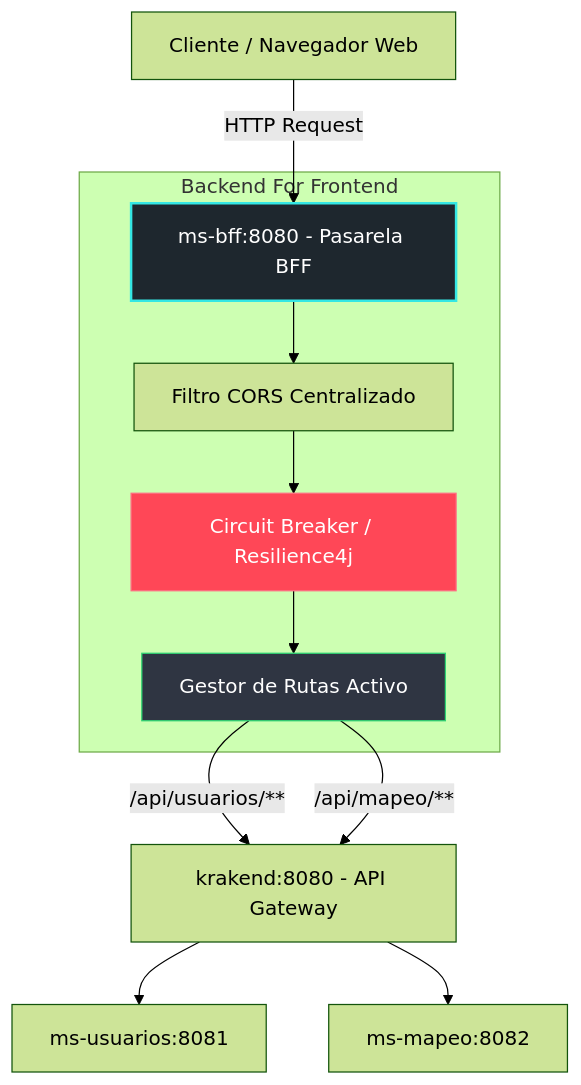
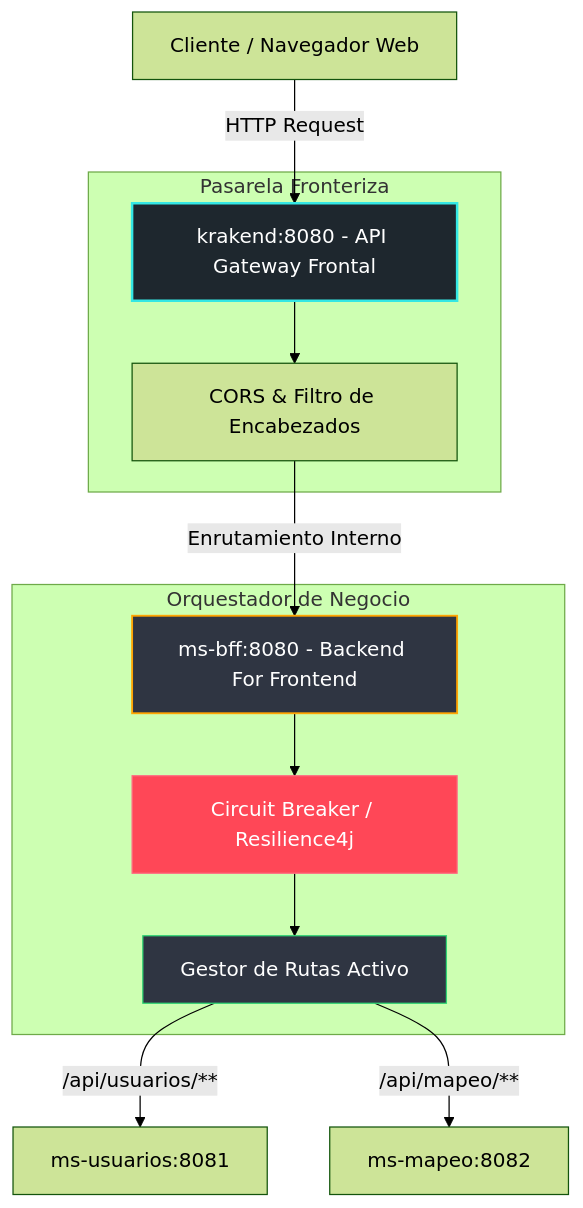
Before and after one commit to DarkoRodriguez/plataforma-incendios-valle-del-sol: the diagram in ms-bff/README.md, drawn with Mermaid (forest theme). The commit also changed other lines of this file and 5 other files, not shown here.

````diff
--- a/ms-bff/README.md
+++ b/ms-bff/README.md
@@ -26,19 +24,23 @@
 ```mermaid
 graph TD
-    Client[Cliente / Navegador Web] -->|HTTP Request| BFF[ms-bff:8080 - Pasarela BFF]
+    Client[Cliente / Navegador Web] -->|HTTP Request| KrakenD[krakend:8080 - API Gateway Frontal]
     
-    subgraph BFF_Gateway [Backend For Frontend]
-        BFF --> CORS[Filtro CORS Centralizado]
-        CORS --> CB[Circuit Breaker / Resilience4j]
+    subgraph KrakenD_Layer [Pasarela Fronteriza]
+        KrakenD --> CORS_KrakenD[CORS & Filtro de Encabezados]
+    end
+    
+    CORS_KrakenD -->|Enrutamiento Interno| BFF[ms-bff:8080 - Backend For Frontend]
+    
+    subgraph BFF_Gateway [Orquestador de Negocio]
+        BFF --> CB[Circuit Breaker / Resilience4j]
         CB --> Route[Gestor de Rutas Activo]
     end
 
-    Route -->|/api/usuarios/**| Gateway[krakend:8080 - API Gateway]
-    Route -->|/api/mapeo/**| Gateway
-    Gateway --> MS_Usuarios[ms-usuarios:8081]
-    Gateway --> MS_Mapeo[ms-mapeo:8082]
+    Route -->|/api/usuarios/**| MS_Usuarios[ms-usuarios:8081]
+    Route -->|/api/mapeo/**| MS_Mapeo[ms-mapeo:8082]
 
-    style BFF fill:#1e272e,stroke:#34e7e4,stroke-width:2px,color:#fff
+    style KrakenD fill:#1e272e,stroke:#34e7e4,stroke-width:2px,color:#fff
+    style BFF fill:#2f3542,stroke:#ffa502,stroke-width:1.5px,color:#fff
     style CB fill:#ff4757,stroke:#ff6b81,stroke-width:1px,color:#fff
     style Route fill:#2f3542,stroke:#2ed573,stroke-width:1px,color:#fff
 ```
````
